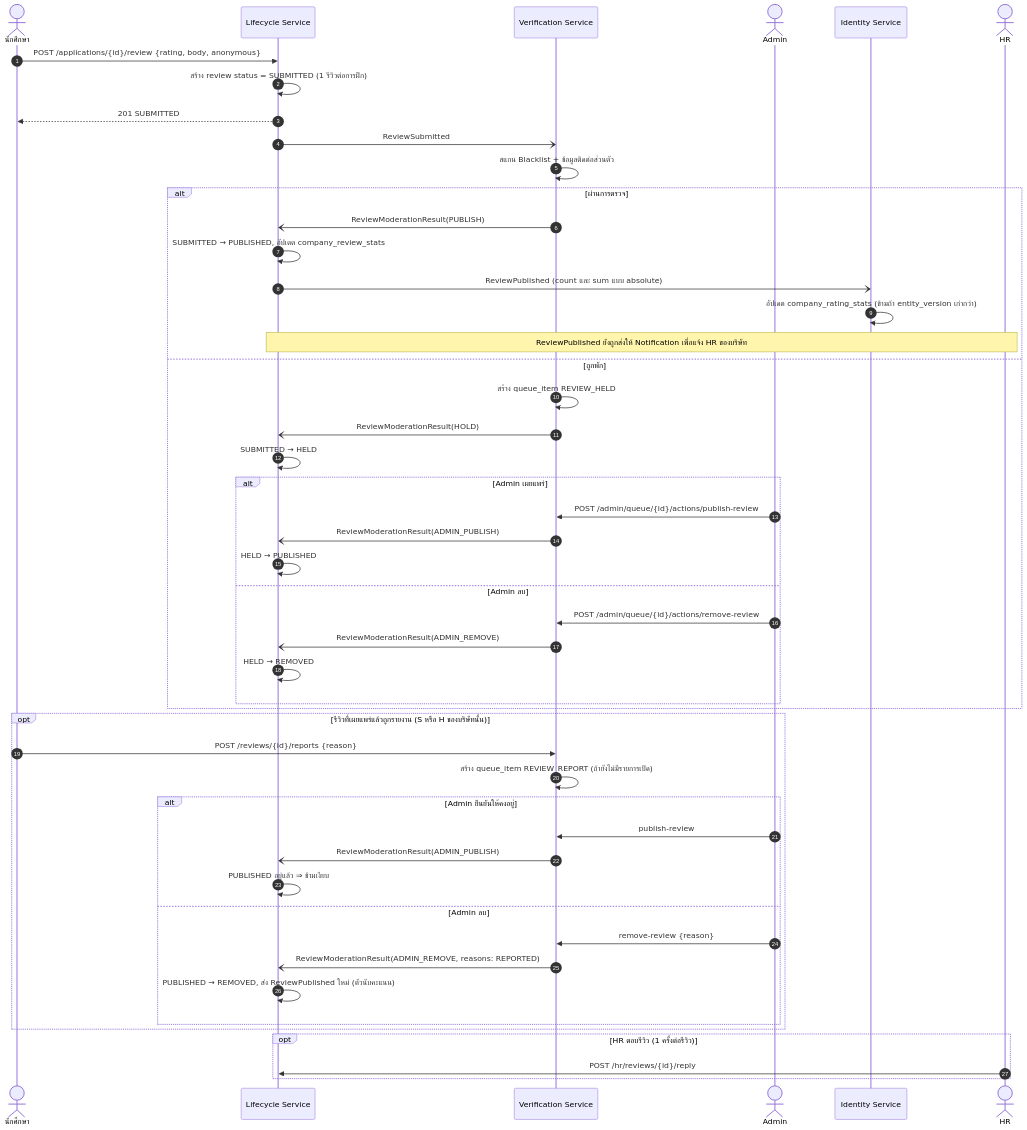
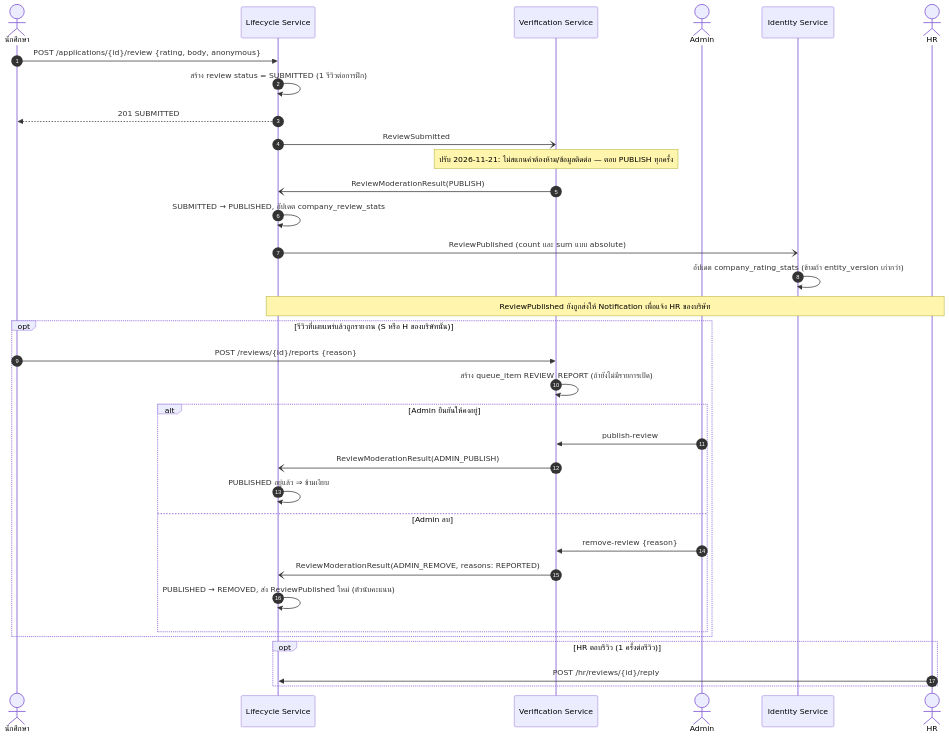
One commit to InternPATHz/InternPATH changed the ninth of 18 diagrams in docs/diagram.md. Above: the diagram before and after it, drawn with Mermaid. The commit also changed other lines of this file and 224 other files, not shown here.

````diff
--- a/docs/diagram.md
+++ b/docs/diagram.md
@@ -334,55 +324,39 @@
 ```mermaid
 sequenceDiagram
     autonumber
     actor S as นักศึกษา
     participant L as Lifecycle Service
     participant V as Verification Service
     actor AD as Admin
     participant I as Identity Service
     actor H as HR
 
     S->>L: POST /applications/{id}/review {rating, body, anonymous}
     L->>L: สร้าง review status = SUBMITTED (1 รีวิวต่อการฝึก)
     L-->>S: 201 SUBMITTED
     L-)V: ReviewSubmitted
-    V->>V: สแกน Blacklist + ข้อมูลติดต่อส่วนตัว
-
-    alt ผ่านการตรวจ
-        V-)L: ReviewModerationResult(PUBLISH)
-        L->>L: SUBMITTED → PUBLISHED, อัปเดต company_review_stats
-        L-)I: ReviewPublished (count และ sum แบบ absolute)
-        I->>I: อัปเดต company_rating_stats (ข้ามถ้า entity_version เก่ากว่า)
-        Note over L,H: ReviewPublished ยังถูกส่งให้ Notification เพื่อแจ้ง HR ของบริษัท
-    else ถูกพัก
-        V->>V: สร้าง queue_item REVIEW_HELD
-        V-)L: ReviewModerationResult(HOLD)
-        L->>L: SUBMITTED → HELD
-        alt Admin เผยแพร่
-            AD->>V: POST /admin/queue/{id}/actions/publish-review
-            V-)L: ReviewModerationResult(ADMIN_PUBLISH)
-            L->>L: HELD → PUBLISHED
-        else Admin ลบ
-            AD->>V: POST /admin/queue/{id}/actions/remove-review
-            V-)L: ReviewModerationResult(ADMIN_REMOVE)
-            L->>L: HELD → REMOVED
-        end
-    end
+    Note over V: ปรับ 2026-11-21: ไม่สแกนคำต้องห้าม/ข้อมูลติดต่อ — ตอบ PUBLISH ทุกครั้ง
+    V-)L: ReviewModerationResult(PUBLISH)
+    L->>L: SUBMITTED → PUBLISHED, อัปเดต company_review_stats
+    L-)I: ReviewPublished (count และ sum แบบ absolute)
+    I->>I: อัปเดต company_rating_stats (ข้ามถ้า entity_version เก่ากว่า)
+    Note over L,H: ReviewPublished ยังถูกส่งให้ Notification เพื่อแจ้ง HR ของบริษัท
 
     opt รีวิวที่เผยแพร่แล้วถูกรายงาน (S หรือ H ของบริษัทนั้น)
         S->>V: POST /reviews/{id}/reports {reason}
         V->>V: สร้าง queue_item REVIEW_REPORT (ถ้ายังไม่มีรายการเปิด)
         alt Admin ยืนยันให้คงอยู่
             AD->>V: publish-review
             V-)L: ReviewModerationResult(ADMIN_PUBLISH)
             L->>L: PUBLISHED อยู่แล้ว ⇒ ข้ามเงียบ
         else Admin ลบ
             AD->>V: remove-review {reason}
             V-)L: ReviewModerationResult(ADMIN_REMOVE, reasons: REPORTED)
             L->>L: PUBLISHED → REMOVED, ส่ง ReviewPublished ใหม่ (ตัวนับคะแนน)
         end
     end
 
     opt HR ตอบรีวิว (1 ครั้งต่อรีวิว)
         H->>L: POST /hr/reviews/{id}/reply
     end
 ```
````
